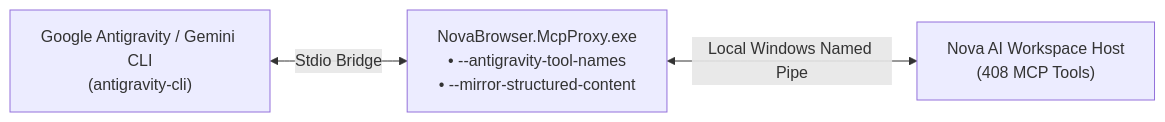
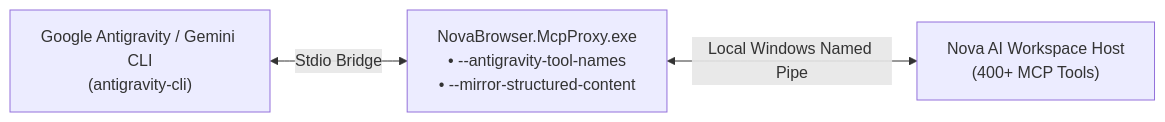
Before and after one commit to joelaniol/nova: the diagram in docs/integration/google-antigravity.md, drawn with Mermaid. The commit also changed other lines of this file and 25 other files, not shown here.

Commit message:
docs: index for the tool pages, installation guide matches the real setup, consistent tool count, diagram line breaks, legal notice renamed

````diff
--- a/docs/integration/google-antigravity.md
+++ b/docs/integration/google-antigravity.md
@@ -14,5 +14,5 @@
 ```mermaid
 flowchart LR
-    AGY["Google Antigravity / Gemini CLI\n(antigravity-cli)"] <-->|Stdio Bridge| Proxy["NovaBrowser.McpProxy.exe\n• --antigravity-tool-names\n• --mirror-structured-content"]
-    Proxy <-->|Local Windows Named Pipe| Nova["Nova AI Workspace Host\n(408 MCP Tools)"]
+    AGY["Google Antigravity / Gemini CLI<br>(antigravity-cli)"] <-->|Stdio Bridge| Proxy["NovaBrowser.McpProxy.exe<br>• --antigravity-tool-names<br>• --mirror-structured-content"]
+    Proxy <-->|Local Windows Named Pipe| Nova["Nova AI Workspace Host<br>(400+ MCP Tools)"]
 ```
````
